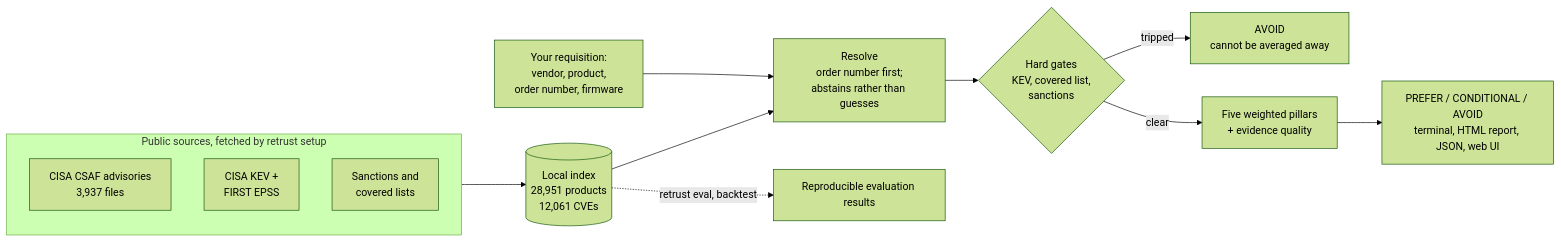
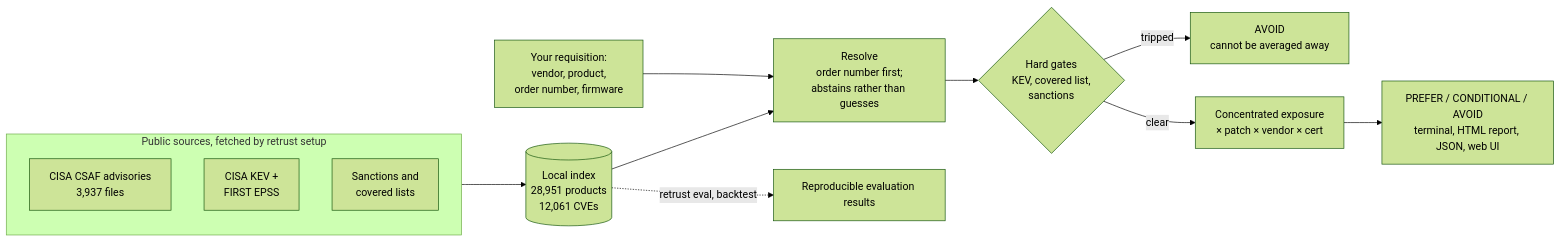
One commit to MRALPHA20/retrust changed the diagram in README.md. Above: the diagram before and after it, drawn with Mermaid (forest theme). The commit also changed other lines of this file and 5 other files, not shown here.

First line of the commit message:
Docs: describe the V1 model, and refresh every figure it moved

````diff
--- a/README.md
+++ b/README.md
@@ -43,16 +43,16 @@
 ```mermaid
 flowchart LR
     subgraph SRC["Public sources, fetched by retrust setup"]
         CSAF["CISA CSAF advisories<br/>3,937 files"]
         KEV["CISA KEV +<br/>FIRST EPSS"]
         LISTS["Sanctions and<br/>covered lists"]
     end
     SRC --> IDX[("Local index<br/>28,951 products<br/>12,061 CVEs")]
     REQ["Your requisition:<br/>vendor, product,<br/>order number, firmware"] --> MATCH["Resolve<br/>order number first;<br/>abstains rather than guesses"]
     IDX --> MATCH
     MATCH --> GATE{"Hard gates<br/>KEV, covered list,<br/>sanctions"}
     GATE -->|tripped| AVOID["AVOID<br/>cannot be averaged away"]
-    GATE -->|clear| SCORE["Five weighted pillars<br/>+ evidence quality"]
+    GATE -->|clear| SCORE["Concentrated exposure<br/>× patch × vendor × cert"]
     SCORE --> OUT["PREFER / CONDITIONAL / AVOID<br/>terminal, HTML report, JSON, web UI"]
     IDX -.->|"retrust eval, backtest"| PROOF["Reproducible evaluation results"]
 ```
````
